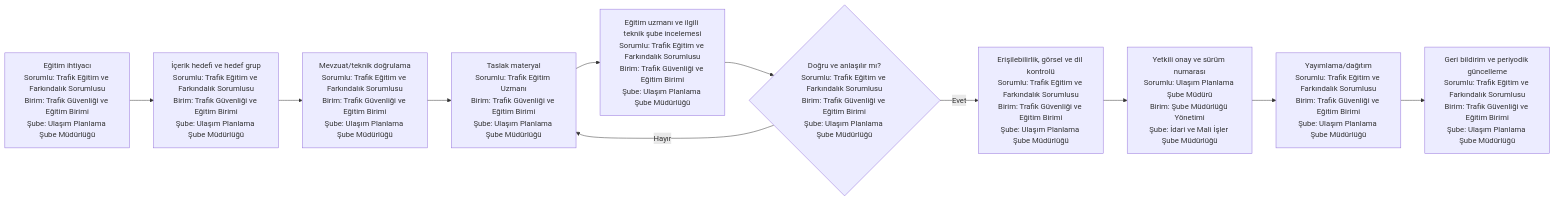
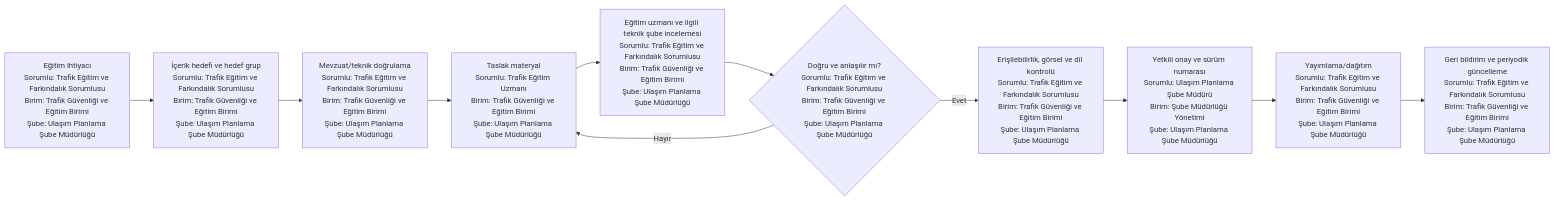
The third of 3 diagrams in 15_yalin_surec_haritalari/trafik_egitim/README.md (merdaergen-create/Ulasim_Dairesi_Is_Analizi), drawn with Mermaid before and after one commit. The commit also changed 8 other files, not shown here.

````diff
--- a/15_yalin_surec_haritalari/trafik_egitim/README.md
+++ b/15_yalin_surec_haritalari/trafik_egitim/README.md
@@ -83,13 +83,13 @@
 ```mermaid
 flowchart LR
     A[Eğitim ihtiyacı<br/>Sorumlu: Trafik Eğitim ve Farkındalık Sorumlusu<br/>Birim: Trafik Güvenliği ve Eğitim Birimi<br/>Şube: Ulaşım Planlama Şube Müdürlüğü] --> B[İçerik hedefi ve hedef grup<br/>Sorumlu: Trafik Eğitim ve Farkındalık Sorumlusu<br/>Birim: Trafik Güvenliği ve Eğitim Birimi<br/>Şube: Ulaşım Planlama Şube Müdürlüğü]
     B --> C[Mevzuat/teknik doğrulama<br/>Sorumlu: Trafik Eğitim ve Farkındalık Sorumlusu<br/>Birim: Trafik Güvenliği ve Eğitim Birimi<br/>Şube: Ulaşım Planlama Şube Müdürlüğü]
     C --> D[Taslak materyal<br/>Sorumlu: Trafik Eğitim Uzmanı<br/>Birim: Trafik Güvenliği ve Eğitim Birimi<br/>Şube: Ulaşım Planlama Şube Müdürlüğü]
     D --> E[Eğitim uzmanı ve ilgili teknik şube incelemesi<br/>Sorumlu: Trafik Eğitim ve Farkındalık Sorumlusu<br/>Birim: Trafik Güvenliği ve Eğitim Birimi<br/>Şube: Ulaşım Planlama Şube Müdürlüğü]
     E --> F{Doğru ve anlaşılır mı?<br/>Sorumlu: Trafik Eğitim ve Farkındalık Sorumlusu<br/>Birim: Trafik Güvenliği ve Eğitim Birimi<br/>Şube: Ulaşım Planlama Şube Müdürlüğü}
     F -- Hayır --> D
     F -- Evet --> G[Erişilebilirlik, görsel ve dil kontrolü<br/>Sorumlu: Trafik Eğitim ve Farkındalık Sorumlusu<br/>Birim: Trafik Güvenliği ve Eğitim Birimi<br/>Şube: Ulaşım Planlama Şube Müdürlüğü]
-    G --> H[Yetkili onay ve sürüm numarası<br/>Sorumlu: Ulaşım Planlama Şube Müdürü<br/>Birim: Şube Müdürlüğü Yönetimi<br/>Şube: İdari ve Mali İşler Şube Müdürlüğü]
+    G --> H[Yetkili onay ve sürüm numarası<br/>Sorumlu: Ulaşım Planlama Şube Müdürü<br/>Birim: Şube Müdürlüğü Yönetimi<br/>Şube: Ulaşım Planlama Şube Müdürlüğü]
     H --> I[Yayımlama/dağıtım<br/>Sorumlu: Trafik Eğitim ve Farkındalık Sorumlusu<br/>Birim: Trafik Güvenliği ve Eğitim Birimi<br/>Şube: Ulaşım Planlama Şube Müdürlüğü]
     I --> J[Geri bildirim ve periyodik güncelleme<br/>Sorumlu: Trafik Eğitim ve Farkındalık Sorumlusu<br/>Birim: Trafik Güvenliği ve Eğitim Birimi<br/>Şube: Ulaşım Planlama Şube Müdürlüğü]
 ```
````
